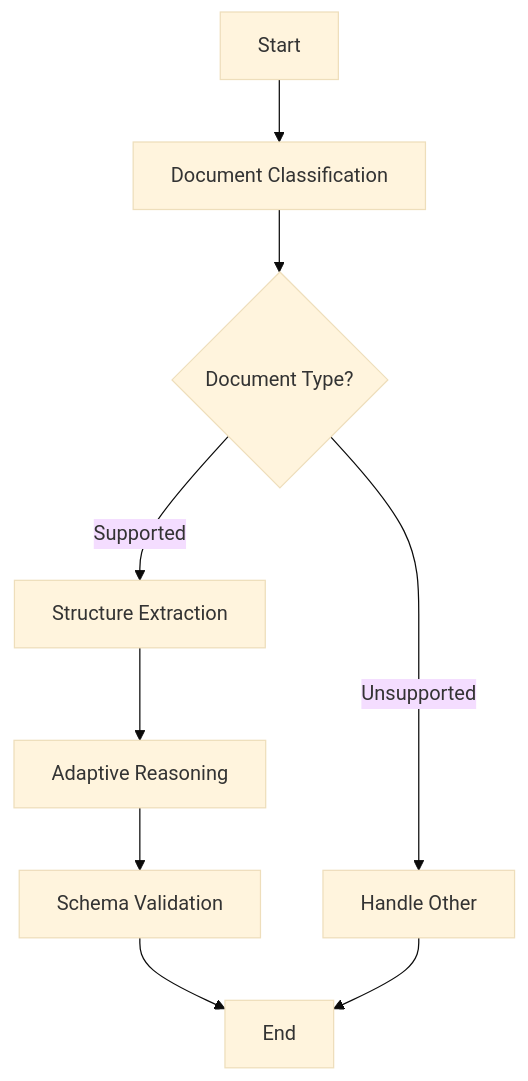
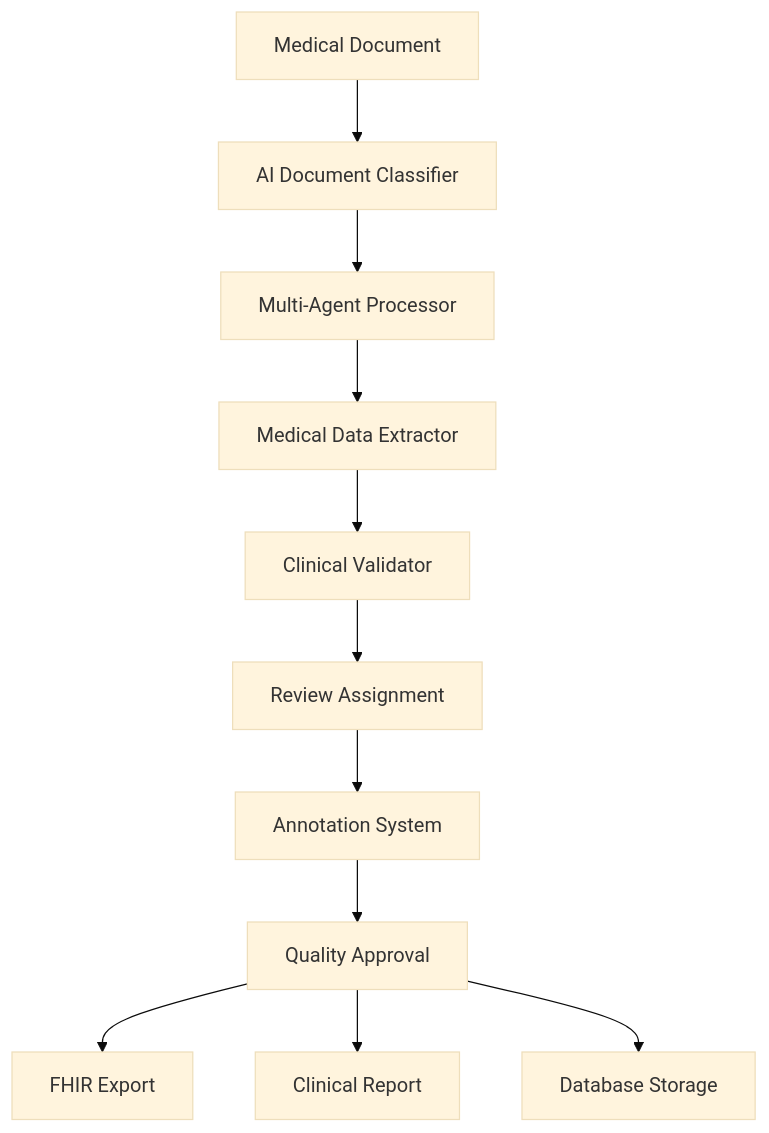
The diagram in medipulse/README.md (smkalle/ai_projects), drawn with Mermaid (base theme) before and after one commit. The commit also changed other lines of this file and 25 other files, not shown here.

````diff
--- a/medipulse/README.md
+++ b/medipulse/README.md
@@ -82,11 +95,13 @@
 ```mermaid
 graph TD
-    A[Start] --> B[Document Classification]
-    B --> C{Document Type?}
-    C -->|Supported| D[Structure Extraction]
-    C -->|Unsupported| E[Handle Other]
-    D --> F[Adaptive Reasoning]
-    F --> G[Schema Validation]
-    G --> H[End]
-    E --> H
+    A[Medical Document] --> B[AI Document Classifier]
+    B --> C[Multi-Agent Processor]
+    C --> D[Medical Data Extractor]
+    D --> E[Clinical Validator]
+    E --> F[Review Assignment]
+    F --> G[Annotation System]
+    G --> H[Quality Approval]
+    H --> I[FHIR Export]
+    H --> J[Clinical Report]
+    H --> K[Database Storage]
 ```
````
